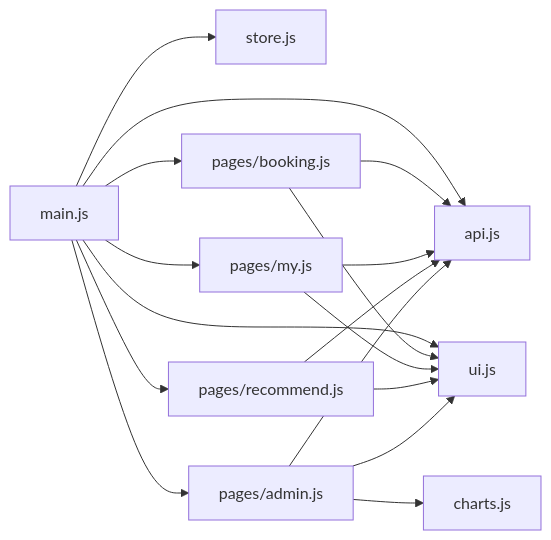
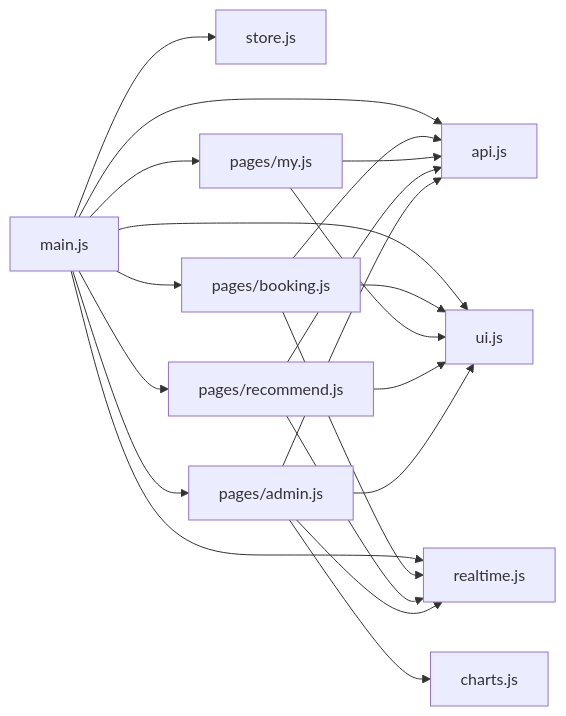
The tenth of 10 diagrams in docs/系统设计/当前代码设计图稿.md (Type81-1/campus-ai-study-room), drawn with Mermaid before and after one commit. The commit also changed other lines of this file and 6 other files, not shown here.

First line of the commit message:
文档：新增需求规格说明书，更新设计图稿与测试报告到 v2.2

````diff
--- a/docs/系统设计/当前代码设计图稿.md
+++ b/docs/系统设计/当前代码设计图稿.md
@@ -528,19 +573,23 @@
 ```mermaid
 flowchart LR
     M[main.js] --> A[api.js]
     M --> S[store.js]
     M --> U[ui.js]
+    M --> RT[realtime.js]
     M --> P1[pages/booking.js]
     M --> P2[pages/my.js]
     M --> P3[pages/recommend.js]
     M --> P4[pages/admin.js]
     P1 --> A
+    P1 --> RT
     P2 --> A
     P3 --> A
+    P3 --> RT
     P4 --> A
+    P4 --> RT
     P4 --> C[charts.js]
     P1 --> U
     P2 --> U
     P3 --> U
     P4 --> U
 ```
````
